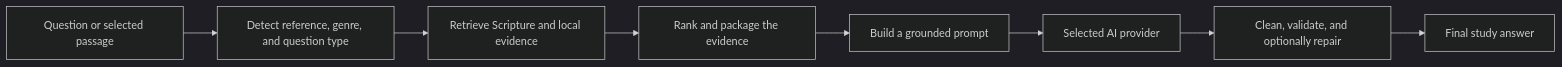
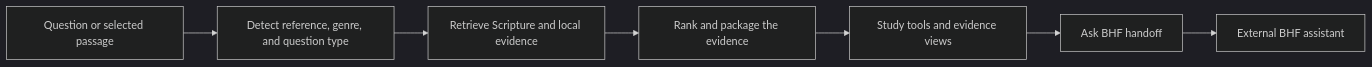
The diagram in README.md (mcscwizzy/biblical-hermeneutics-framework), drawn with Mermaid (dark theme) before and after one commit. The commit also changed other lines of this file and 40 other files, not shown here.

````diff
--- a/README.md
+++ b/README.md
@@ -94,10 +88,9 @@
 ```mermaid
 flowchart LR
     Q[Question or selected passage] --> D[Detect reference, genre, and question type]
     D --> R[Retrieve Scripture and local evidence]
     R --> E[Rank and package the evidence]
-    E --> P[Build a grounded prompt]
-    P --> M[Selected AI provider]
-    M --> V[Clean, validate, and optionally repair]
-    V --> A[Final study answer]
+    E --> S[Study tools and evidence views]
+    S --> H[Ask BHF handoff]
+    H --> A[External BHF assistant]
 ```
````
